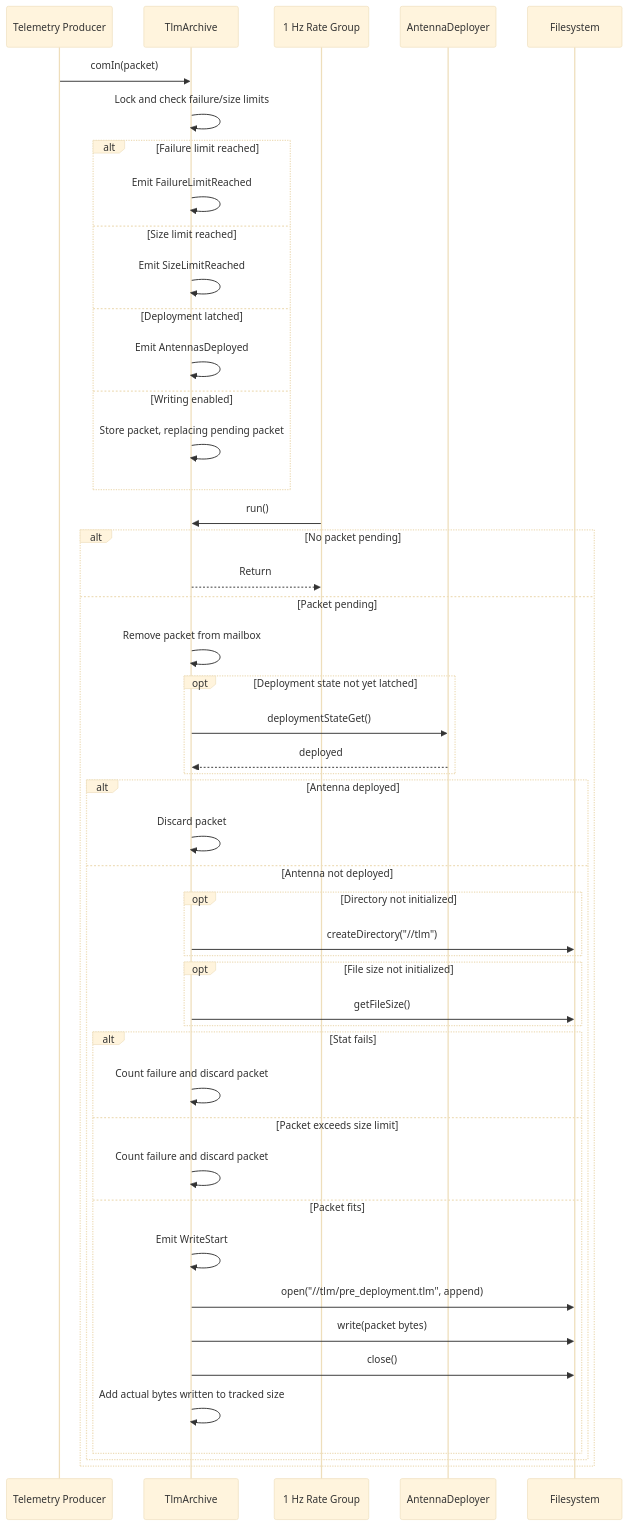
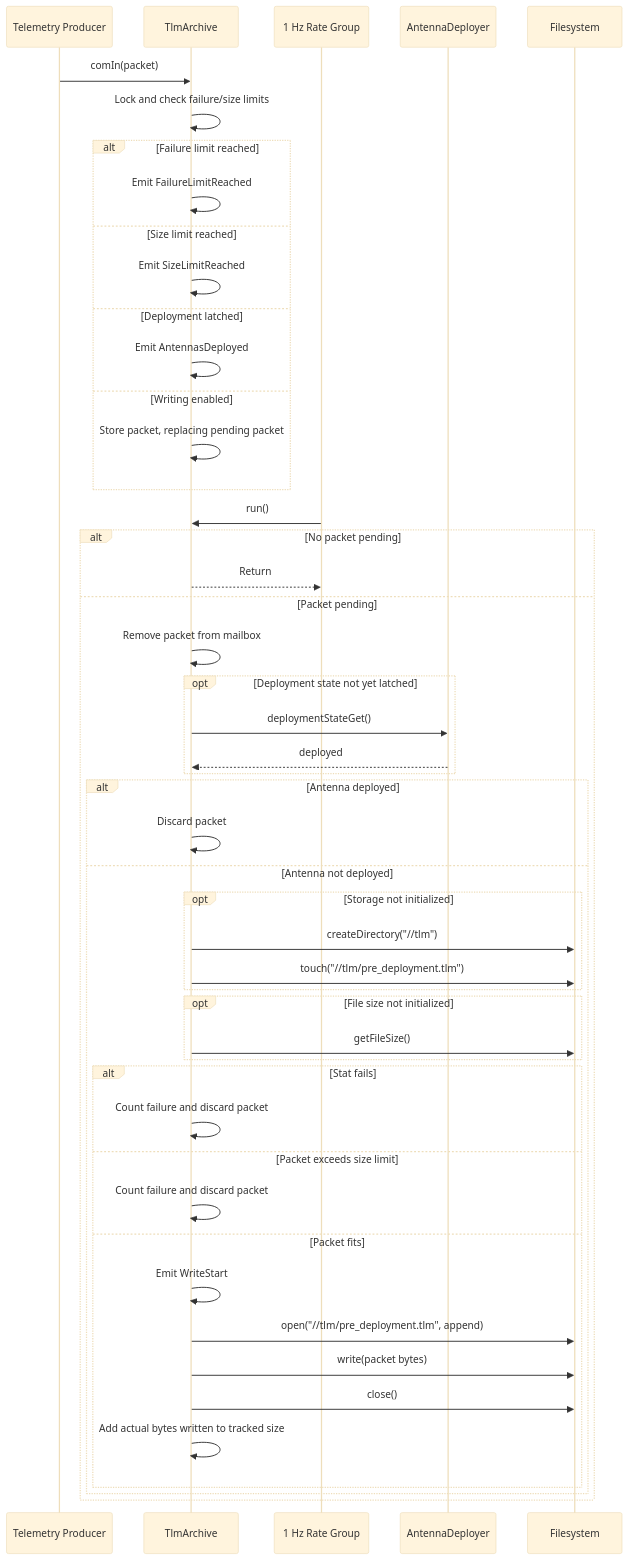
Before and after one commit to Open-Source-Space-Foundation/proves-core-reference: the second of 2 diagrams in PROVESFlightControllerReference/Components/TlmArchive/docs/sdd.md, drawn with Mermaid (base theme). The commit also changed other lines of this file and 2 other files, not shown here.

````diff
--- a/PROVESFlightControllerReference/Components/TlmArchive/docs/sdd.md
+++ b/PROVESFlightControllerReference/Components/TlmArchive/docs/sdd.md
@@ -160,52 +164,53 @@
 ```mermaid
 sequenceDiagram
     participant Producer as Telemetry Producer
     participant Archive as TlmArchive
     participant Rate as 1 Hz Rate Group
     participant Deploy as AntennaDeployer
     participant FS as Filesystem
 
     Producer->>Archive: comIn(packet)
     Archive->>Archive: Lock and check failure/size limits
     alt Failure limit reached
         Archive->>Archive: Emit FailureLimitReached
     else Size limit reached
         Archive->>Archive: Emit SizeLimitReached
     else Deployment latched
         Archive->>Archive: Emit AntennasDeployed
     else Writing enabled
         Archive->>Archive: Store packet, replacing pending packet
     end
 
     Rate->>Archive: run()
     alt No packet pending
         Archive-->>Rate: Return
     else Packet pending
         Archive->>Archive: Remove packet from mailbox
         opt Deployment state not yet latched
             Archive->>Deploy: deploymentStateGet()
             Deploy-->>Archive: deployed
         end
         alt Antenna deployed
             Archive->>Archive: Discard packet
         else Antenna not deployed
-            opt Directory not initialized
+            opt Storage not initialized
                 Archive->>FS: createDirectory("//tlm")
+                Archive->>FS: touch("//tlm/pre_deployment.tlm")
             end
             opt File size not initialized
                 Archive->>FS: getFileSize()
             end
             alt Stat fails
                 Archive->>Archive: Count failure and discard packet
             else Packet exceeds size limit
                 Archive->>Archive: Count failure and discard packet
             else Packet fits
                 Archive->>Archive: Emit WriteStart
                 Archive->>FS: open("//tlm/pre_deployment.tlm", append)
                 Archive->>FS: write(packet bytes)
                 Archive->>FS: close()
                 Archive->>Archive: Add actual bytes written to tracked size
             end
         end
     end
 ```
````
